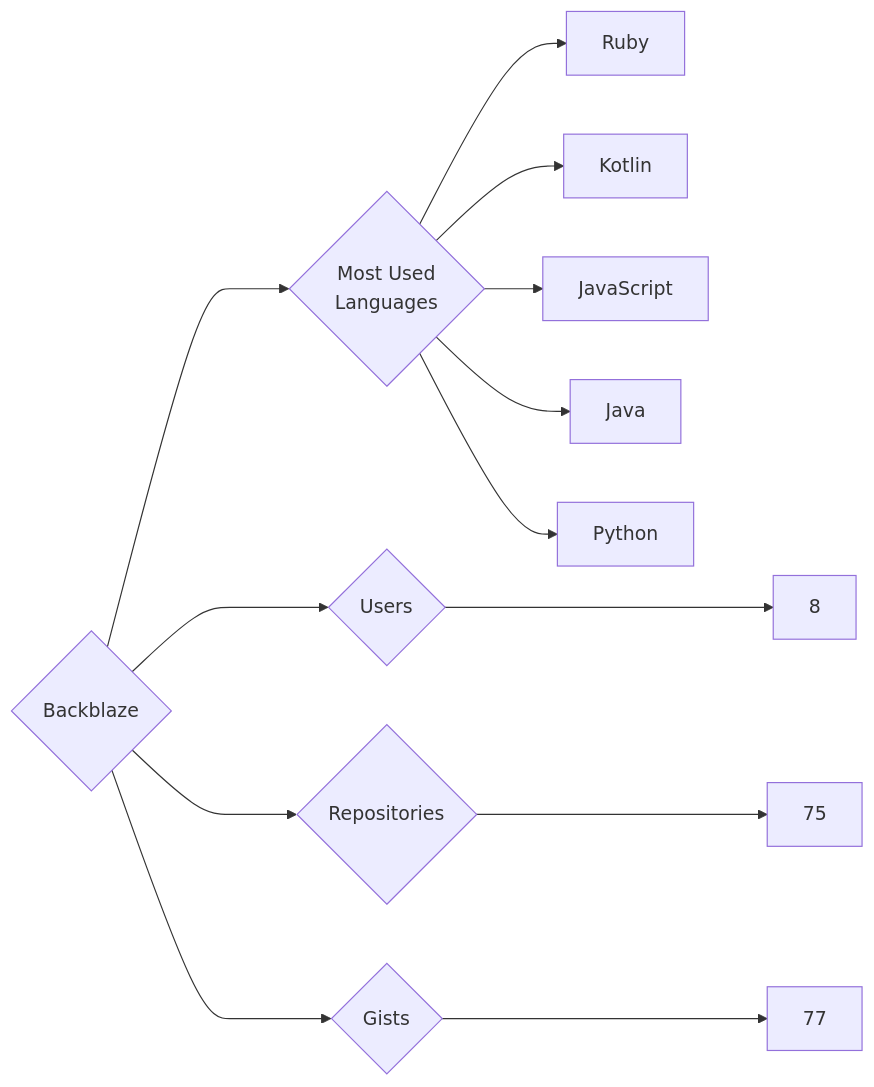
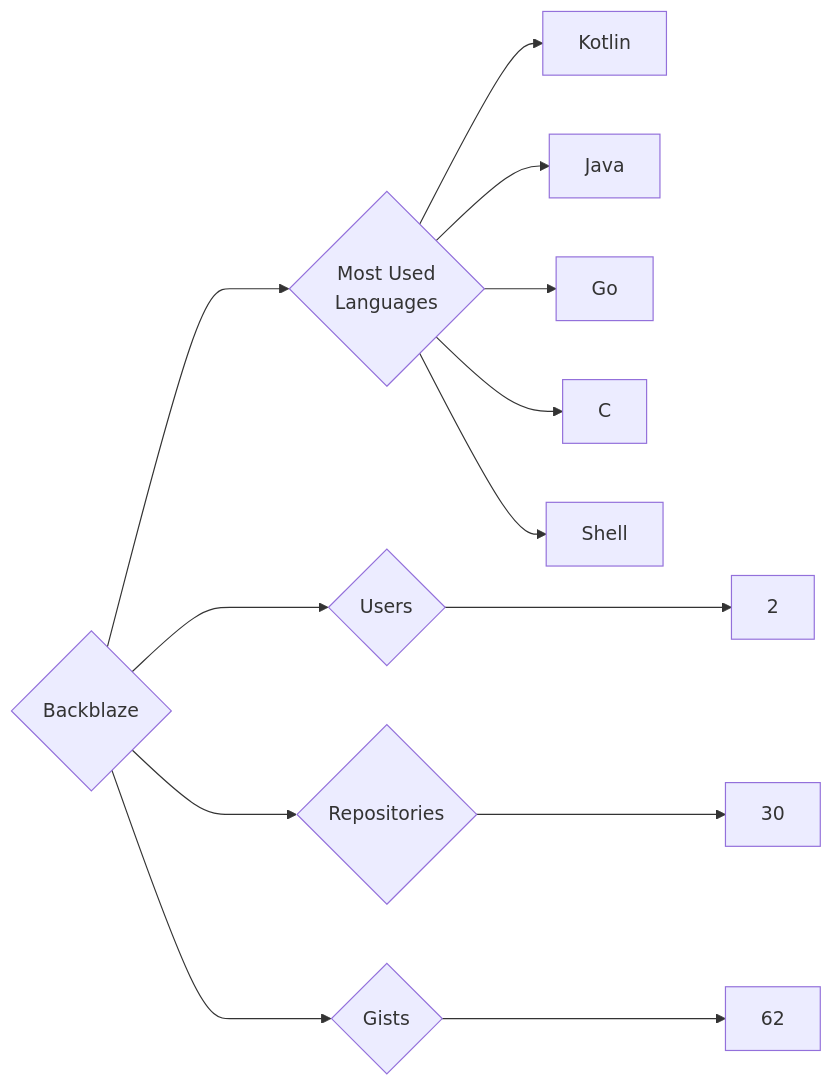
Before and after one commit to trickest/insiders: the diagram in targets/Backblaze/README.md, drawn with Mermaid. The commit also changed 951 other files, not shown here.

````diff
--- a/targets/Backblaze/README.md
+++ b/targets/Backblaze/README.md
@@ -3,13 +3,13 @@
 ```mermaid
 graph LR
 COMPANY_NAME{Backblaze}
-COMPANY_NAME ---> U{Users} ---> UN[8]
-COMPANY_NAME ---> R{Repositories} ---> RN[75]
-COMPANY_NAME ---> G{Gists} ---> GN[77]
+COMPANY_NAME ---> U{Users} ---> UN[2]
+COMPANY_NAME ---> R{Repositories} ---> RN[30]
+COMPANY_NAME ---> G{Gists} ---> GN[62]
 COMPANY_NAME ---> ML{Most Used<br>Languages}
-ML --> Ruby[Ruby]
 ML --> Kotlin[Kotlin]
-ML --> JavaScript[JavaScript]
 ML --> Java[Java]
-ML --> Python[Python]
+ML --> Go[Go]
+ML --> C[C]
+ML --> Shell[Shell]
 ```
````
